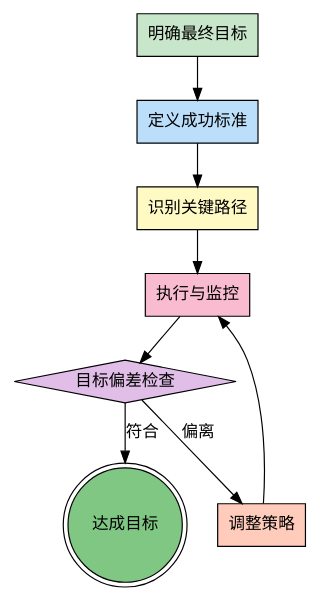
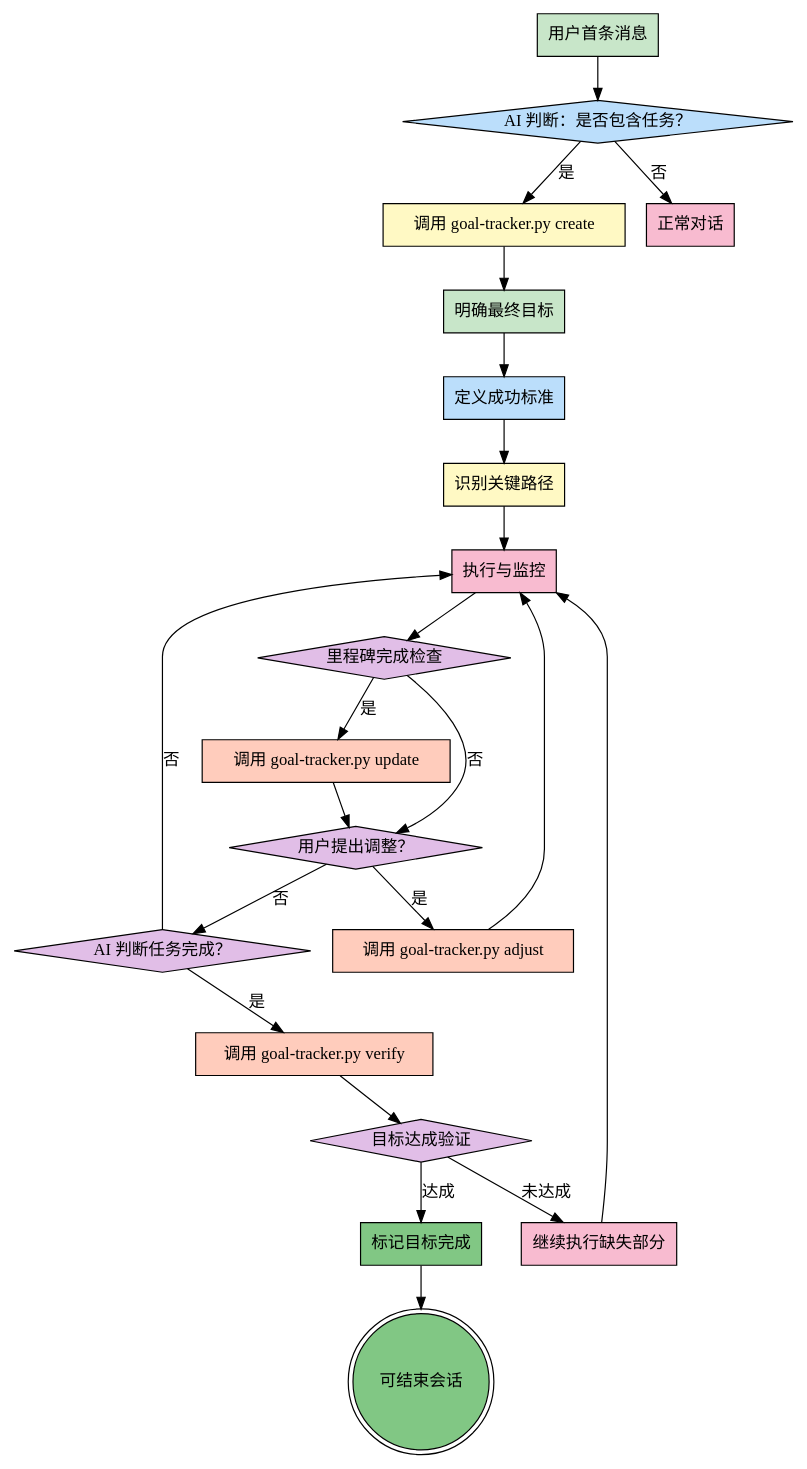
Before and after one commit to konglong87/methodology-skills: the diagram in skills/goal-oriented/SKILL.md, drawn with Graphviz. The commit also changed other lines of this file, not shown here.

Commit message:
feat(goal-oriented): comprehensive SKILL.md update with iron law, tools guide, and new examples

````diff
--- a/skills/goal-oriented/SKILL.md
+++ b/skills/goal-oriented/SKILL.md
@@ -36,21 +116,46 @@
 ```dot
-digraph goal_oriented {
+digraph goal_oriented_with_tools {
     rankdir=TB;
 
+    "用户首条消息" [shape=box, style=filled, fillcolor="#c8e6c9"];
+    "AI 判断：是否包含任务？" [shape=diamond, style=filled, fillcolor="#bbdefb"];
+    "调用 goal-tracker.py create" [shape=box, style=filled, fillcolor="#fff9c4"];
     "明确最终目标" [shape=box, style=filled, fillcolor="#c8e6c9"];
     "定义成功标准" [shape=box, style=filled, fillcolor="#bbdefb"];
     "识别关键路径" [shape=box, style=filled, fillcolor="#fff9c4"];
     "执行与监控" [shape=box, style=filled, fillcolor="#f8bbd0"];
-    "目标偏差检查" [shape=diamond, style=filled, fillcolor="#e1bee7"];
-    "调整策略" [shape=box, style=filled, fillcolor="#ffccbc"];
-    "达成目标" [shape=doublecircle, style=filled, fillcolor="#81c784"];
+    "里程碑完成检查" [shape=diamond, style=filled, fillcolor="#e1bee7"];
+    "调用 goal-tracker.py update" [shape=box, style=filled, fillcolor="#ffccbc"];
+    "用户提出调整？" [shape=diamond, style=filled, fillcolor="#e1bee7"];
+    "调用 goal-tracker.py adjust" [shape=box, style=filled, fillcolor="#ffccbc"];
+    "AI 判断任务完成？" [shape=diamond, style=filled, fillcolor="#e1bee7"];
+    "调用 goal-tracker.py verify" [shape=box, style=filled, fillcolor="#ffccbc"];
+    "目标达成验证" [shape=diamond, style=filled, fillcolor="#e1bee7"];
+    "继续执行缺失部分" [shape=box, style=filled, fillcolor="#f8bbd0"];
+    "标记目标完成" [shape=box, style=filled, fillcolor="#81c784"];
+    "可结束会话" [shape=doublecircle, style=filled, fillcolor="#81c784"];
+    "正常对话" [shape=box, style=filled, fillcolor="#f8bbd0"];
 
+    "用户首条消息" -> "AI 判断：是否包含任务？";
+    "AI 判断：是否包含任务？" -> "调用 goal-tracker.py create" [label="是"];
+    "AI 判断：是否包含任务？" -> "正常对话" [label="否"];
+    "调用 goal-tracker.py create" -> "明确最终目标";
     "明确最终目标" -> "定义成功标准";
     "定义成功标准" -> "识别关键路径";
     "识别关键路径" -> "执行与监控";
-    "执行与监控" -> "目标偏差检查";
-    "目标偏差检查" -> "调整策略" [label="偏离"];
-    "目标偏差检查" -> "达成目标" [label="符合"];
-    "调整策略" -> "执行与监控";
+    "执行与监控" -> "里程碑完成检查";
+    "里程碑完成检查" -> "调用 goal-tracker.py update" [label="是"];
+    "调用 goal-tracker.py update" -> "用户提出调整？";
+    "里程碑完成检查" -> "用户提出调整？" [label="否"];
+    "用户提出调整？" -> "调用 goal-tracker.py adjust" [label="是"];
+    "用户提出调整？" -> "AI 判断任务完成？" [label="否"];
+    "调用 goal-tracker.py adjust" -> "执行与监控";
+    "AI 判断任务完成？" -> "调用 goal-tracker.py verify" [label="是"];
+    "AI 判断任务完成？" -> "执行与监控" [label="否"];
+    "调用 goal-tracker.py verify" -> "目标达成验证";
+    "目标达成验证" -> "继续执行缺失部分" [label="未达成"];
+    "目标达成验证" -> "标记目标完成" [label="达成"];
+    "标记目标完成" -> "可结束会话";
+    "继续执行缺失部分" -> "执行与监控";
 }
 ```
````
